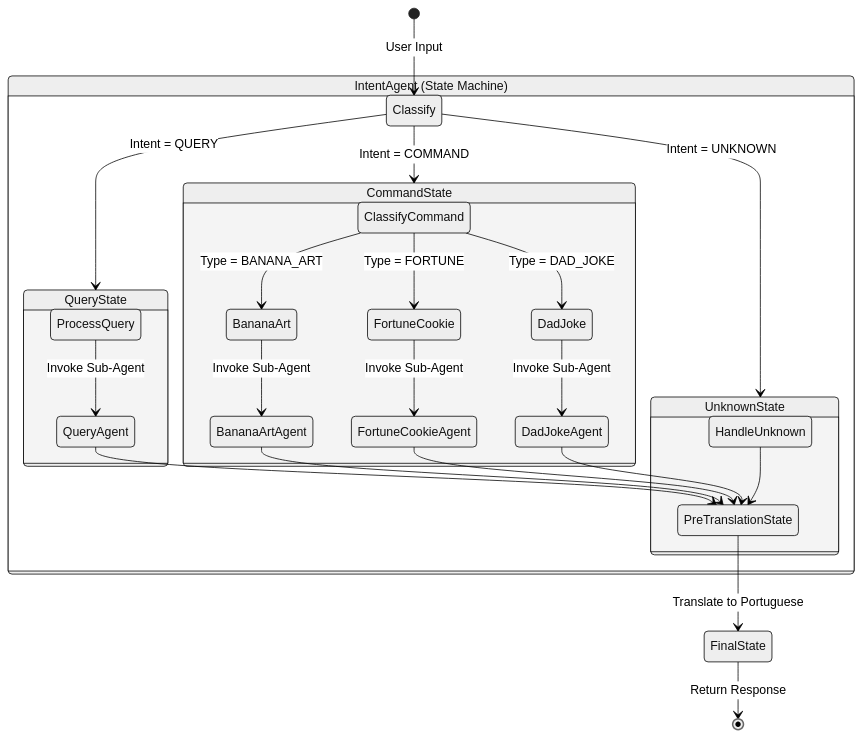
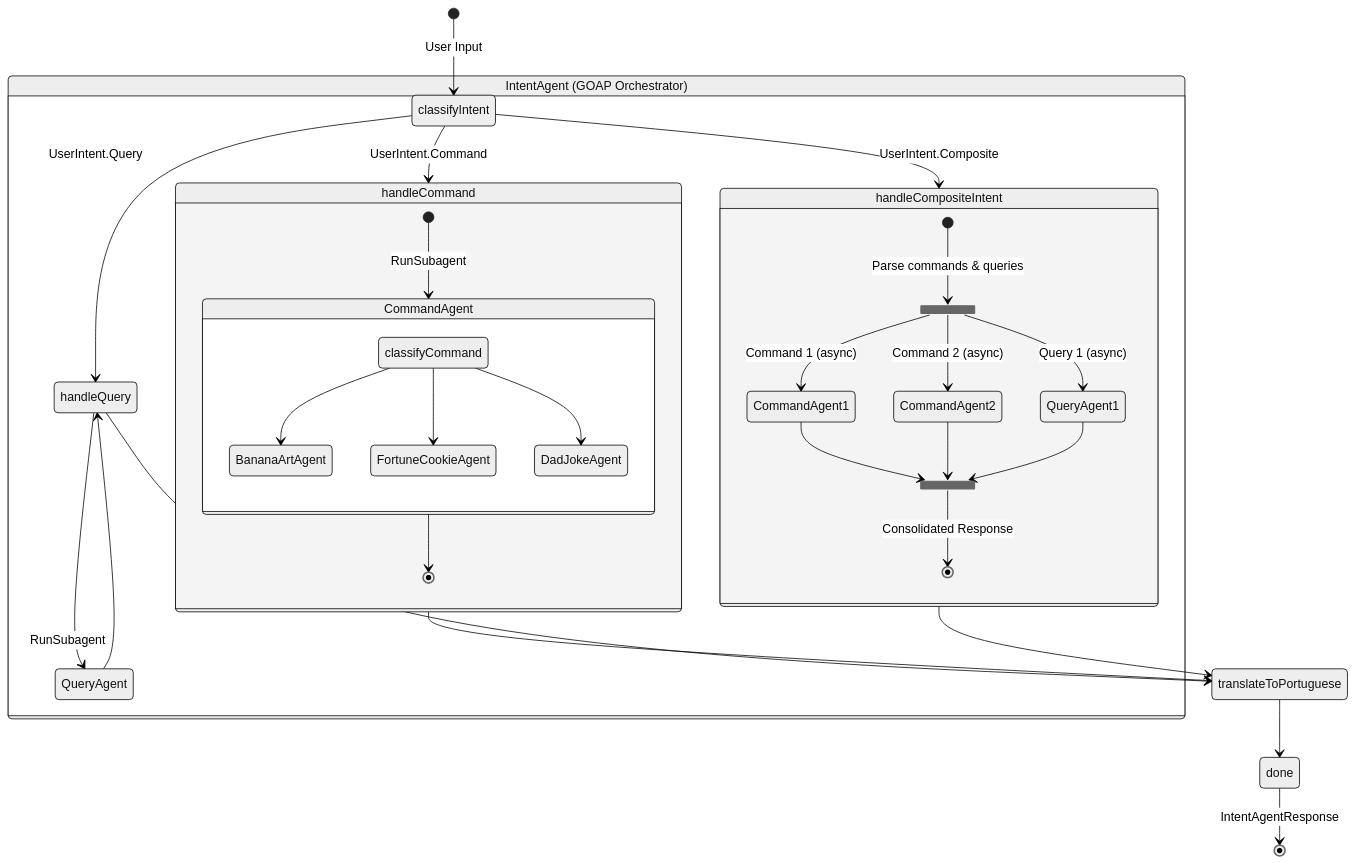
One commit to LiveNathan/embabelsubagenttest changed the first of 2 diagrams in README.md. Above: the diagram before and after it, drawn with Mermaid (neutral theme). The commit also changed other lines of this file, not shown here.

First line of the commit message:
Update README to document GOAP-based parallel intent handling

````diff
--- a/README.md
+++ b/README.md
@@ -49,36 +88,46 @@
 ```mermaid
 stateDiagram-v2
-    [*] --> Classify: User Input
-    state "IntentAgent (State Machine)" as Router {
-Classify --> QueryState: Intent = QUERY
-Classify --> CommandState: Intent = COMMAND
-Classify --> UnknownState: Intent = UNKNOWN
+    [*] --> classifyIntent: User Input
+    state "IntentAgent (GOAP Orchestrator)" as Router {
+classifyIntent --> handleQuery: UserIntent.Query
+classifyIntent --> handleCommand: UserIntent.Command
+classifyIntent --> handleCompositeIntent: UserIntent.Composite
 
-state QueryState {
-ProcessQuery --> QueryAgent: Invoke Sub-Agent
+state handleCompositeIntent {
+state fork_parallel <<fork>>
+[*] --> fork_parallel: Parse commands & queries
+
+fork_parallel --> CommandAgent1: Command 1 (async)
+fork_parallel --> CommandAgent2: Command 2 (async)
+fork_parallel --> QueryAgent1: Query 1 (async)
+
+state join_parallel <<join>>
+CommandAgent1 --> join_parallel
+CommandAgent2 --> join_parallel
+QueryAgent1 --> join_parallel
+
+join_parallel --> [*]: Consolidated Response
 }
 
-state CommandState {
-ClassifyCommand --> BananaArt: Type = BANANA_ART
-ClassifyCommand --> FortuneCookie: Type = FORTUNE
-ClassifyCommand --> DadJoke: Type = DAD_JOKE
+state handleCommand {
+[*] --> CommandAgent: RunSubagent
 
-BananaArt --> BananaArtAgent: Invoke Sub-Agent
-FortuneCookie --> FortuneCookieAgent: Invoke Sub-Agent
-DadJoke --> DadJokeAgent: Invoke Sub-Agent
+state CommandAgent {
+classifyCommand --> BananaArtAgent
+classifyCommand --> FortuneCookieAgent
+classifyCommand --> DadJokeAgent
+}
+CommandAgent --> [*]
 }
 
-state UnknownState {
-HandleUnknown --> PreTranslationState
+handleQuery --> QueryAgent: RunSubagent
+QueryAgent --> handleQuery
 }
- }
 
-QueryAgent --> PreTranslationState
-BananaArtAgent --> PreTranslationState
-FortuneCookieAgent --> PreTranslationState
-DadJokeAgent --> PreTranslationState
+handleQuery --> translateToPortuguese
+handleCommand --> translateToPortuguese
+handleCompositeIntent --> translateToPortuguese
 
-PreTranslationState --> FinalState: Translate to Portuguese
-
-FinalState --> [*]: Return Response
+translateToPortuguese --> done
+done --> [*]: IntentAgentResponse
 ```
````
